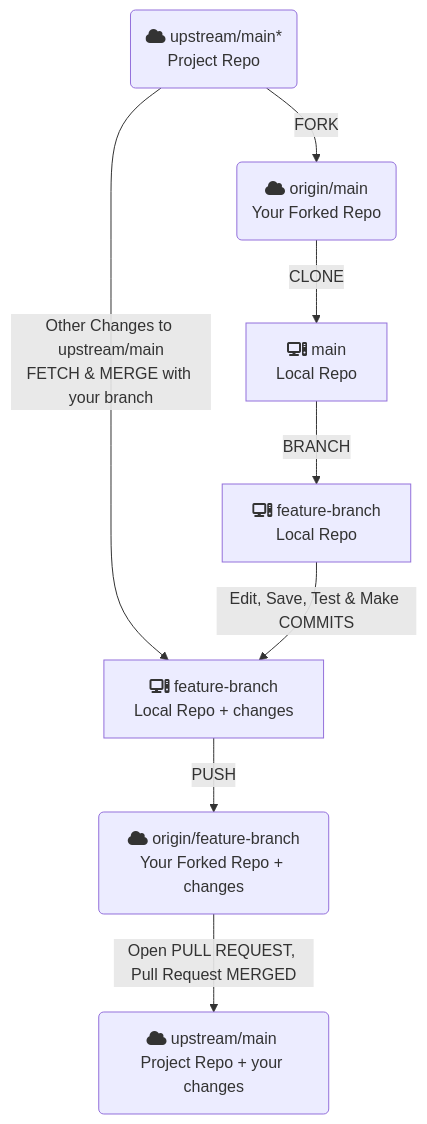
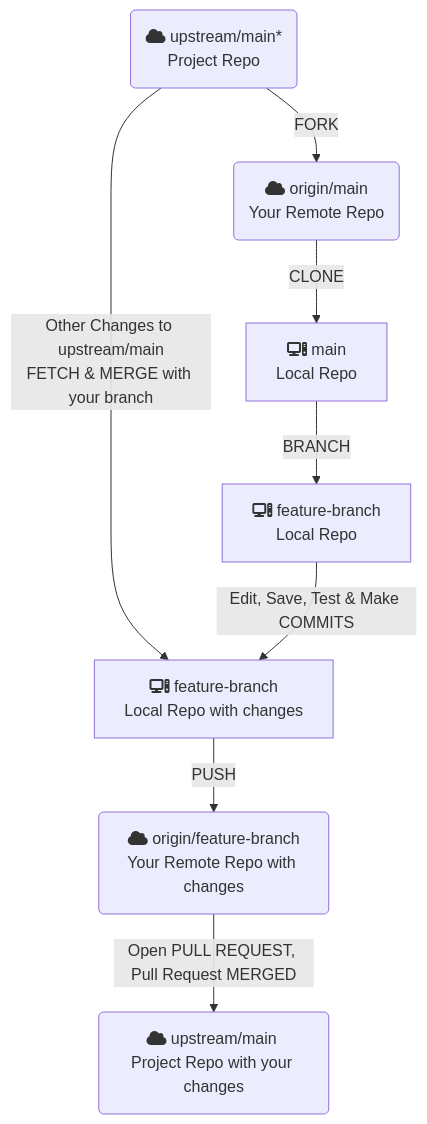
Before and after one commit to jrcain-usgs/asc-public-docs: the diagram in docs/getting-started/contributing/contributing-with-git.md, drawn with Mermaid. The commit also changed other lines of this file, not shown here.

Commit message:
diagram, tests, changelog, PR revisions

````diff
--- a/docs/getting-started/contributing/contributing-with-git.md
+++ b/docs/getting-started/contributing/contributing-with-git.md
@@ -10,11 +10,11 @@
     ```mermaid
     flowchart TD
         A(fa:fa-cloud upstream/main*\nProject Repo) -->|Other Changes to upstream/main\nFETCH & MERGE with your branch| E
         A -->|FORK| B
-        B(fa:fa-cloud origin/main\nYour Forked Repo) -->|CLONE| C
+        B(fa:fa-cloud origin/main\nYour Remote Repo) -->|CLONE| C
         C[fa:fa-computer main\nLocal Repo] -->|BRANCH| D
         D[fa:fa-computer feature-branch\nLocal Repo] -->|Edit, Save, Test & Make COMMITS| E
-        E[fa:fa-computer feature-branch\nLocal Repo + changes] -->|PUSH| F
-        F(fa:fa-cloud origin/feature-branch\nYour Forked Repo + changes) -->|Open PULL REQUEST, Pull Request MERGED| G
-        G(fa:fa-cloud upstream/main \nProject Repo + your changes)
+        E[fa:fa-computer feature-branch\nLocal Repo with changes] -->|PUSH| F
+        F(fa:fa-cloud origin/feature-branch\nYour Remote Repo with changes) -->|Open PULL REQUEST, Pull Request MERGED| G
+        G(fa:fa-cloud upstream/main \nProject Repo with your changes)
     ```
````
